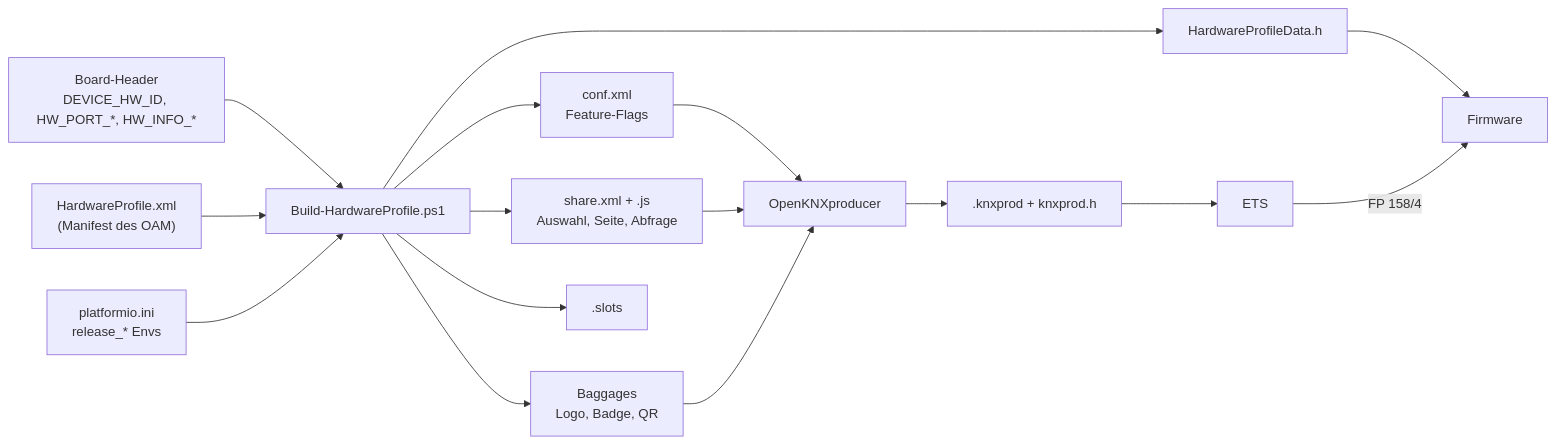
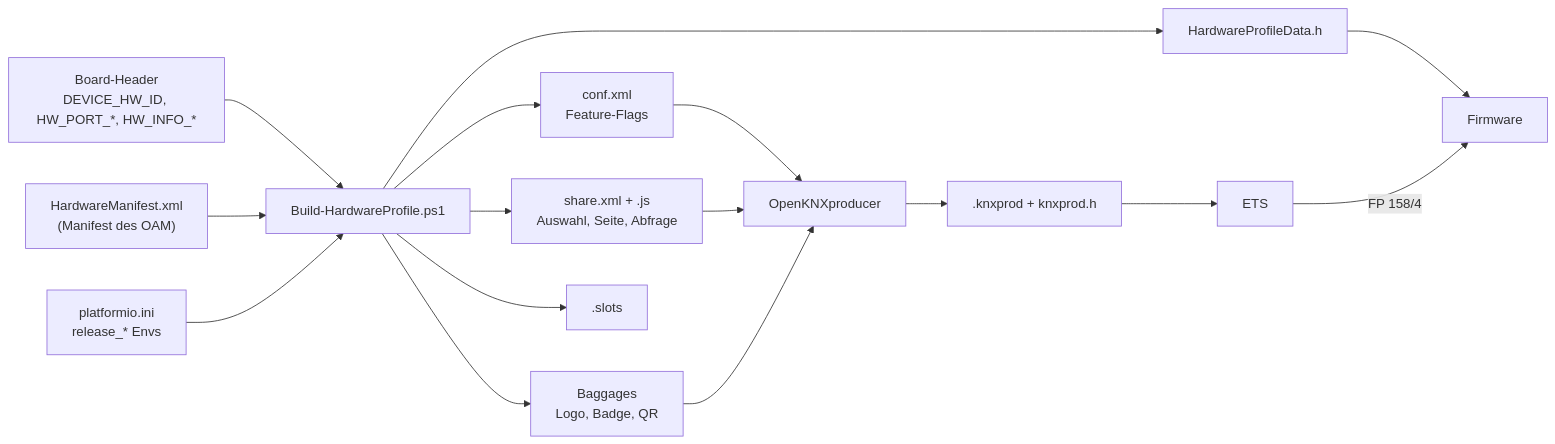
Before and after one commit to OpenKNX/OGM-HardwareConfig: the diagram in generator/README.md, drawn with Mermaid. The commit also changed other lines of this file and 17 other files, not shown here.

First line of the commit message:
refactor - manifest-name: HardwareManifest.xml with root element <HardwareManifest> instead of HardwareProfile.xml

````diff
--- a/generator/README.md
+++ b/generator/README.md
@@ -67,18 +67,18 @@
 ```mermaid
 flowchart LR
   H["Board-Header<br/>DEVICE_HW_ID, HW_PORT_*, HW_INFO_*"] --> G
-  M["HardwareProfile.xml<br/>(Manifest des OAM)"] --> G
+  M["HardwareManifest.xml<br/>(Manifest des OAM)"] --> G
   P["platformio.ini<br/>release_* Envs"] --> G
   G["Build-HardwareProfile.ps1"] --> C["conf.xml<br/>Feature-Flags"]
   G --> S["share.xml + .js<br/>Auswahl, Seite, Abfrage"]
   G --> B["Baggages<br/>Logo, Badge, QR"]
   G --> F["HardwareProfileData.h"]
   G --> L[".slots"]
   C --> O["OpenKNXproducer"]
   S --> O
   B --> O
   O --> K[".knxprod + knxprod.h"]
   K --> E["ETS"]
   F --> W["Firmware"]
   E -- "FP 158/4" --> W
 ```
````
